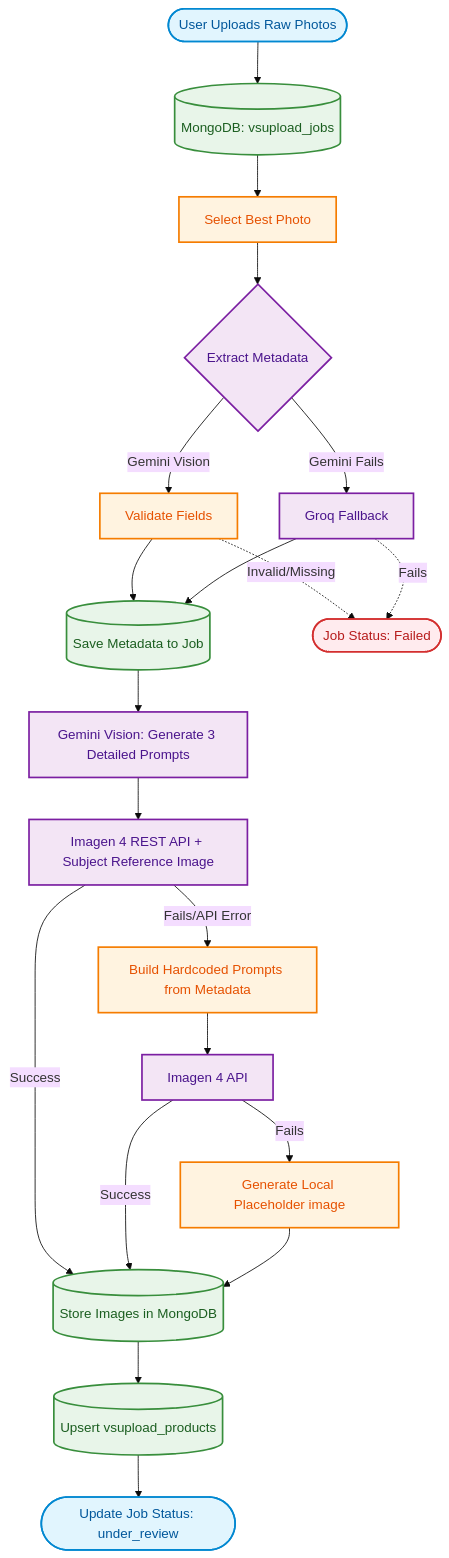
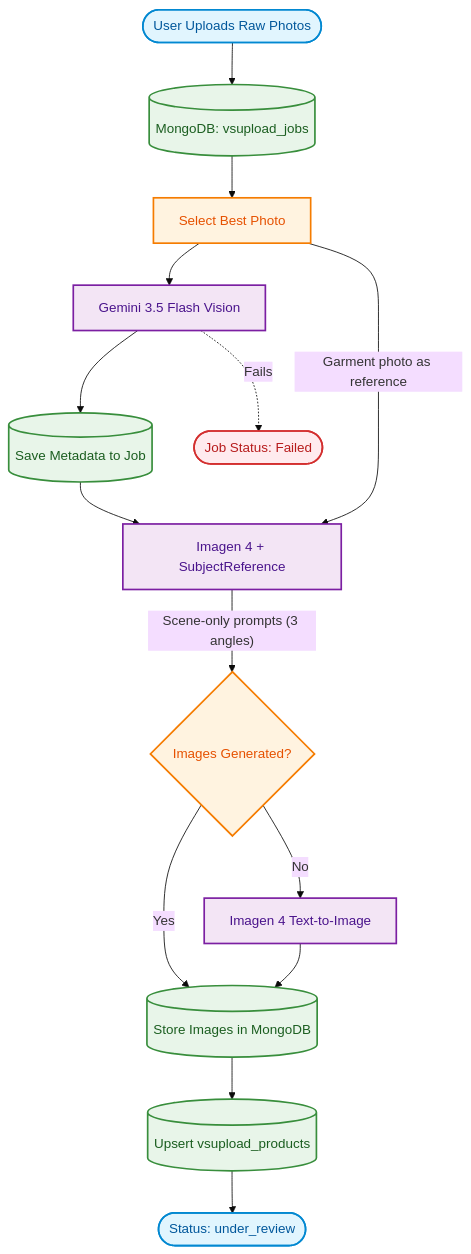
The diagram in README.md (10vulture1005/ShreeJii), drawn with Mermaid (base theme) before and after one commit. The commit also changed other lines of this file and 2 other files, not shown here.

````diff
--- a/README.md
+++ b/README.md
@@ -5,47 +9,39 @@
 ```mermaid
 flowchart TD
-    %% Nodes and Edges
     Start([User Uploads Raw Photos]) --> JobCreated[("MongoDB: vsupload_jobs")]
     JobCreated --> BestPhoto[Select Best Photo]
     
-    %% Metadata Extraction Phase
-    BestPhoto --> ExtractMeta{Extract Metadata}
-    ExtractMeta -- Gemini Vision --> ValidateMeta[Validate Fields]
-    ExtractMeta -- Gemini Fails --> GroqMeta[Groq Fallback]
-    ValidateMeta --> SaveMeta[("Save Metadata to Job")]
-    GroqMeta --> SaveMeta
+    %% Metadata Extraction (for catalog only)
+    BestPhoto --> GeminiVision[Gemini 3.5 Flash Vision]
+    GeminiVision --> SaveMeta[("Save Metadata to Job")]
     
-    %% Advanced Image Generation Flow
-    SaveMeta --> AdvPrompts[Gemini Vision: Generate 3 Detailed Prompts]
-    AdvPrompts --> AdvImagen[Imagen 4 REST API + Subject Reference Image]
-    AdvImagen -- Success --> StoreImages[("Store Images in MongoDB")]
+    %% Primary: Reference-Based Generation
+    SaveMeta --> RefGen["Imagen 4 + SubjectReference"]
+    BestPhoto --> |"Garment photo as reference"| RefGen
+    RefGen --> |"Scene-only prompts (3 angles)"| CheckRef{Images Generated?}
     
-    %% Fallback Image Generation Flow
-    AdvImagen -- Fails/API Error --> FallbackPrompts[Build Hardcoded Prompts from Metadata]
-    FallbackPrompts --> FallbackImagen[Imagen 4 API]
-    FallbackImagen -- Success --> StoreImages
-    FallbackImagen -- Fails --> LocalFallback[Generate Local Placeholder image]
-    LocalFallback --> StoreImages
+    %% Fallback: Text-to-Image
+    CheckRef -- Yes --> StoreImages[("Store Images in MongoDB")]
+    CheckRef -- No --> FallbackGen[Imagen 4 Text-to-Image]
+    FallbackGen --> StoreImages
 
-    %% Finalization Phase
+    %% Finalization
     StoreImages --> UpsertProduct[("Upsert vsupload_products")]
-    UpsertProduct --> FinalStatus([Update Job Status: under_review])
+    UpsertProduct --> FinalStatus([Status: under_review])
     
     %% Error handling
-    ValidateMeta -. Invalid/Missing .-> FailJob([Job Status: Failed])
-    GroqMeta -. Fails .-> FailJob
+    GeminiVision -. Fails .-> FailJob([Job Status: Failed])
 
-    %% Define Styles
+    %% Styles
     classDef userNode fill:#e1f5fe,stroke:#0288d1,stroke-width:2px,color:#01579b
     classDef processNode fill:#fff3e0,stroke:#f57c00,stroke-width:2px,color:#e65100
     classDef aiNode fill:#f3e5f5,stroke:#7b1fa2,stroke-width:2px,color:#4a148c
     classDef dbNode fill:#e8f5e9,stroke:#388e3c,stroke-width:2px,color:#1b5e20
     classDef errorNode fill:#ffebee,stroke:#d32f2f,stroke-width:2px,color:#b71c1c
 
-    %% Apply Styles
     class Start,FinalStatus userNode
-    class BestPhoto,ValidateMeta,FallbackPrompts,LocalFallback processNode
-    class ExtractMeta,GroqMeta,AdvPrompts,AdvImagen,FallbackImagen aiNode
+    class BestPhoto,CheckRef processNode
+    class GeminiVision,RefGen,FallbackGen aiNode
     class JobCreated,SaveMeta,StoreImages,UpsertProduct dbNode
     class FailJob errorNode
 ```
````
